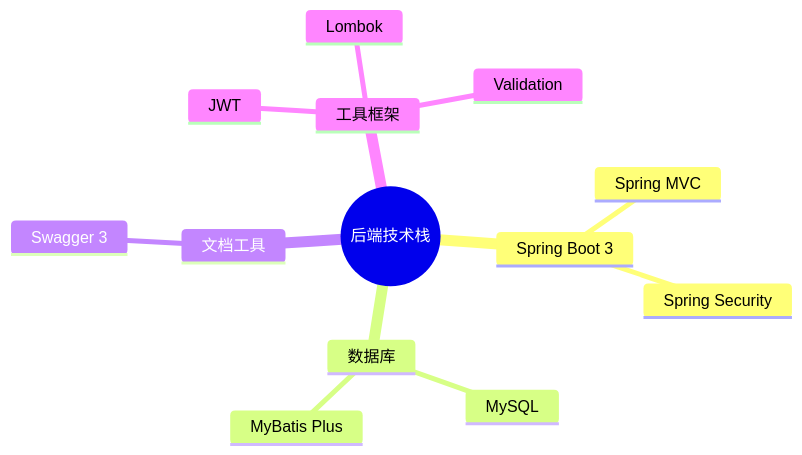
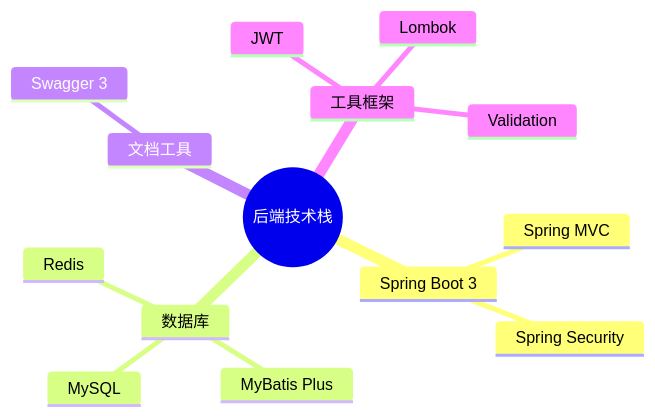
Before and after one commit to xiaoyihao001018/byron_java: the first of 2 diagrams in README.md, drawn with Mermaid. The commit also changed other lines of this file and 10 other files, not shown here.

````diff
--- a/README.md
+++ b/README.md
@@ -18,16 +20,17 @@
 ```mermaid
 mindmap
   root((后端技术栈))
     Spring Boot 3
       Spring MVC
       Spring Security
     数据库
       MySQL
       MyBatis Plus
+      Redis
     文档工具
       Swagger 3
     工具框架
       JWT
       Lombok
       Validation
 ```
````
